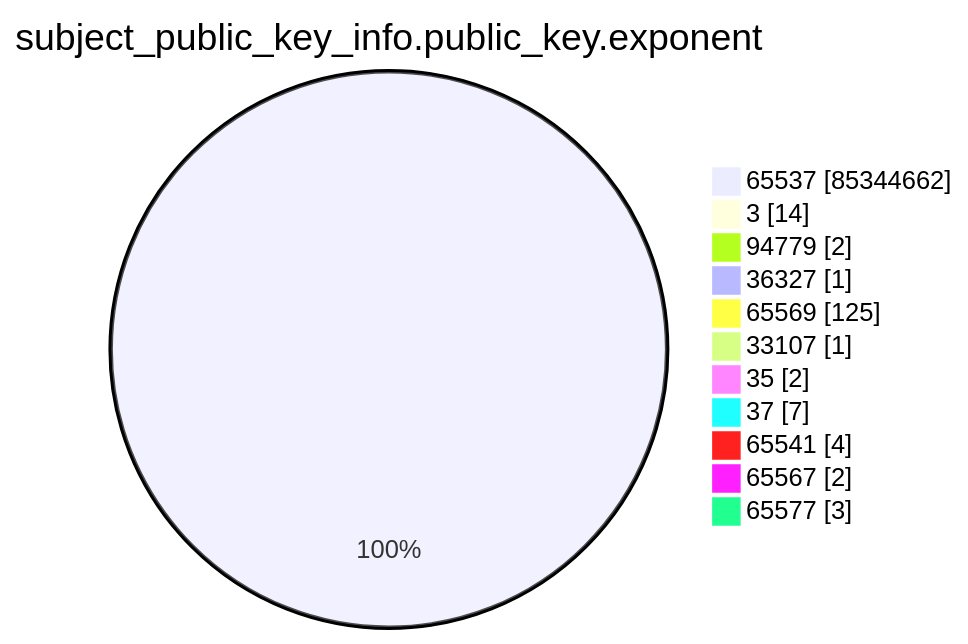
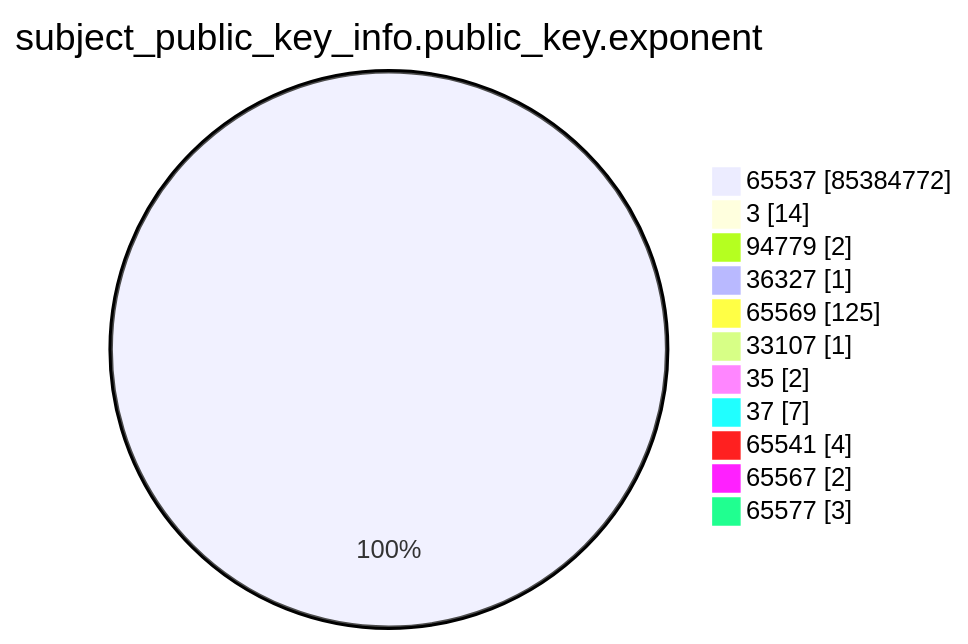
Before and after one commit to christiankrug/ctmonitor_visualization: the fourth of 15 diagrams in xenon2023/README.md, drawn with Mermaid. The commit also changed other lines of this file, not shown here.

````diff
--- a/xenon2023/README.md
+++ b/xenon2023/README.md
@@ -1240,15 +1240,15 @@
 ```mermaid
 pie showData
 title subject_public_key_info.public_key.exponent
-"65537" :85344662
+"65537" :85384772
 "3" :14
 "94779" :2
 "36327" :1
 "65569" :125
 "33107" :1
 "35" :2
 "37" :7
 "65541" :4
 "65567" :2
 "65577" :3
 ```
````
